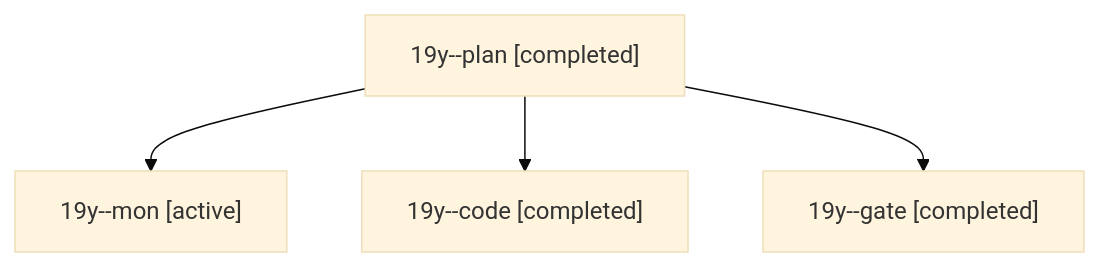
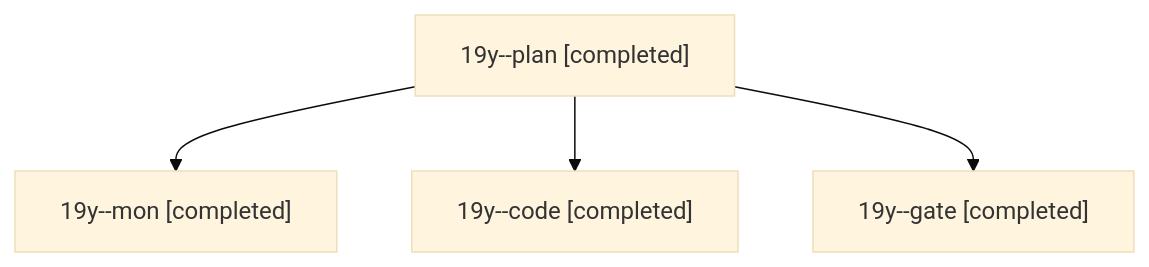
The diagram in sessions/bbugyi200.athena.19y.md (bobs-org/bob-cli--agents), drawn with Mermaid (base theme) before and after one commit. The commit also changed other lines of this file and 6 other files, not shown here.

````diff
--- a/sessions/bbugyi200.athena.19y.md
+++ b/sessions/bbugyi200.athena.19y.md
@@ -9,10 +9,10 @@
 ```mermaid
 flowchart TD
   n0["19y--plan [completed]"]
-  n1["19y--mon [active]"]
+  n1["19y--mon [completed]"]
   n0 --> n1
   n2["19y--code [completed]"]
   n0 --> n2
   n3["19y--gate [completed]"]
   n0 --> n3
 ```
````
